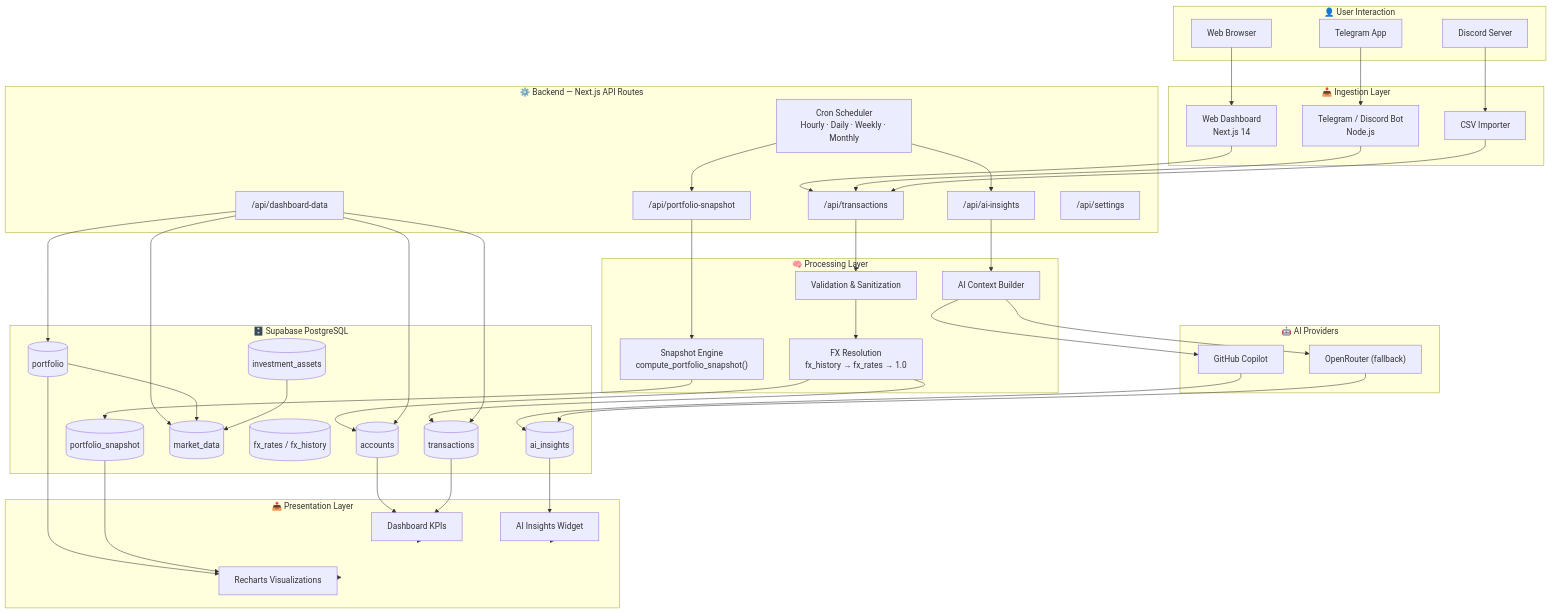
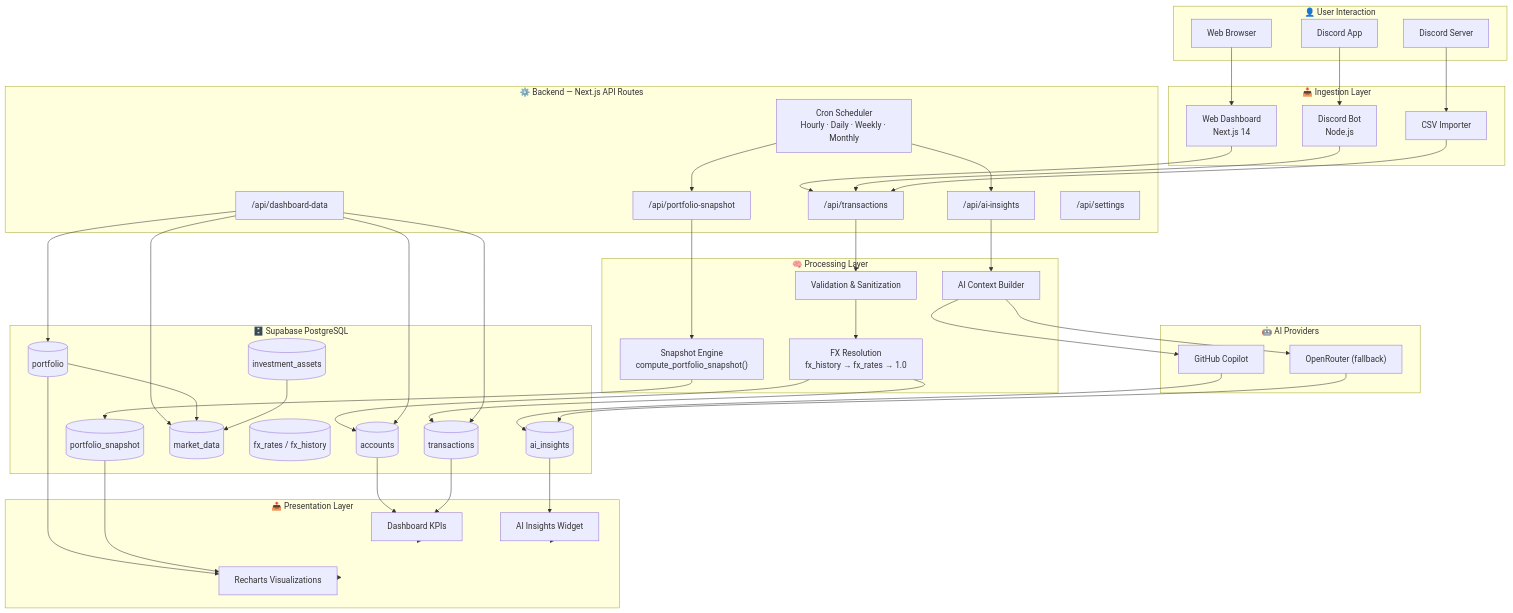
The diagram in architecture/system-design.md (IgnatiusHarry/Wealthfolio-Portfolio), drawn with Mermaid before and after one commit. The commit also changed other lines of this file and 7 other files, not shown here.

Commit message:
docs: switch bot flow to Discord and refresh portfolio docs coverage

```diff
--- a/architecture/system-design.md
+++ b/architecture/system-design.md
@@ -18,12 +18,12 @@
 graph TB
     subgraph Users["👤 User Interaction"]
         U1["Web Browser"]
-        U2["Telegram App"]
+        U2["Discord App"]
         U3["Discord Server"]
     end
 
     subgraph Ingestion["📥 Ingestion Layer"]
-        BOT["Telegram / Discord Bot<br/>Node.js"]
+        BOT["Discord Bot<br/>Node.js"]
         WEB["Web Dashboard<br/>Next.js 14"]
         CSV["CSV Importer"]
     end
```
